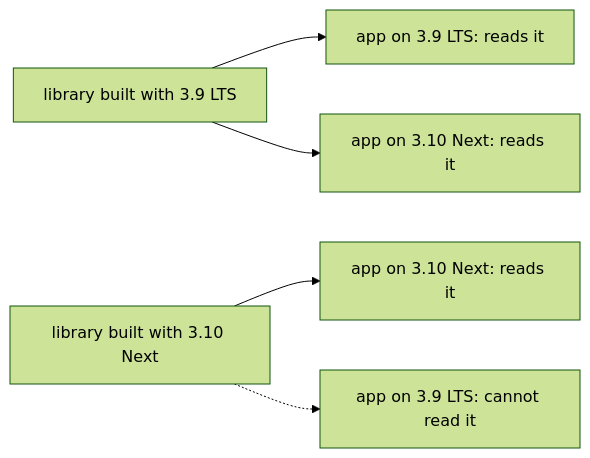
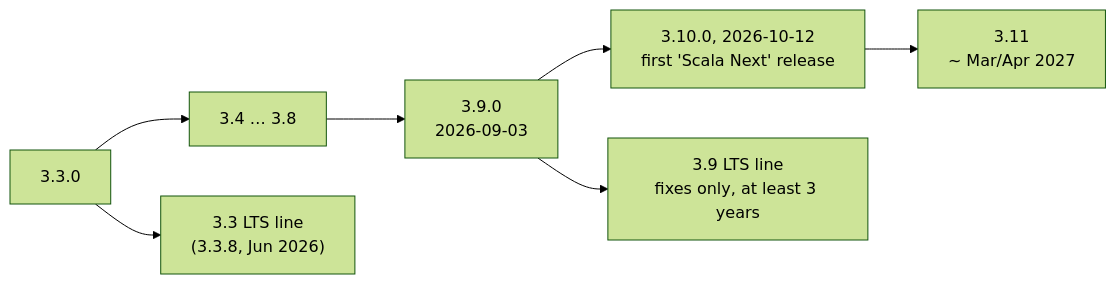
The diagram in dojo/lessons/assets/2026-10-13-2-1.mmd (yurii-mysak/scala-training-docs), drawn with Mermaid (forest theme) before and after one commit. The commit also changed 95 other files, not shown here.

First line of the commit message:
dojo: Show-by-example and Visual rules; charts, source figures, Dojo image assets; 7 open lessons reworked

```diff
--- a/dojo/lessons/assets/2026-10-13-2-1.mmd
+++ b/dojo/lessons/assets/2026-10-13-2-1.mmd
@@ -1,5 +1,4 @@
 flowchart LR
-  L39["library built with 3.9 LTS"] --> A39["app on 3.9 LTS: reads it"]
-  L39 --> A310["app on 3.10 Next: reads it"]
-  L310["library built with 3.10 Next"] --> B310["app on 3.10 Next: reads it"]
-  L310 -.-> B39["app on 3.9 LTS: cannot read it"]
+  N33["3.3.0"] --> N38["3.4 … 3.8"] --> N39["3.9.0<br/>2026-09-03"] --> N310["3.10.0, 2026-10-12<br/>first 'Scala Next' release"] --> N311["3.11<br/>~ Mar/Apr 2027"]
+  N33 --> L33["3.3 LTS line<br/>(3.3.8, Jun 2026)"]
+  N39 --> L39["3.9 LTS line<br/>fixes only, at least 3 years"]
```
